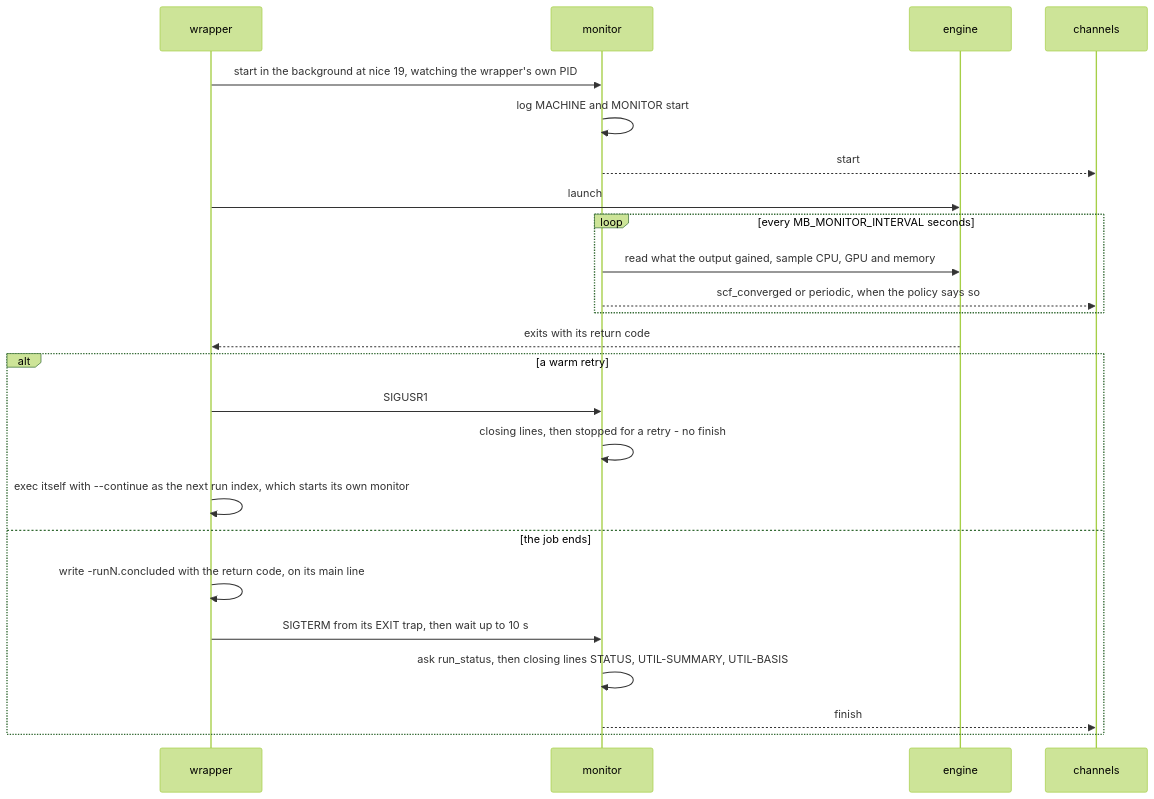
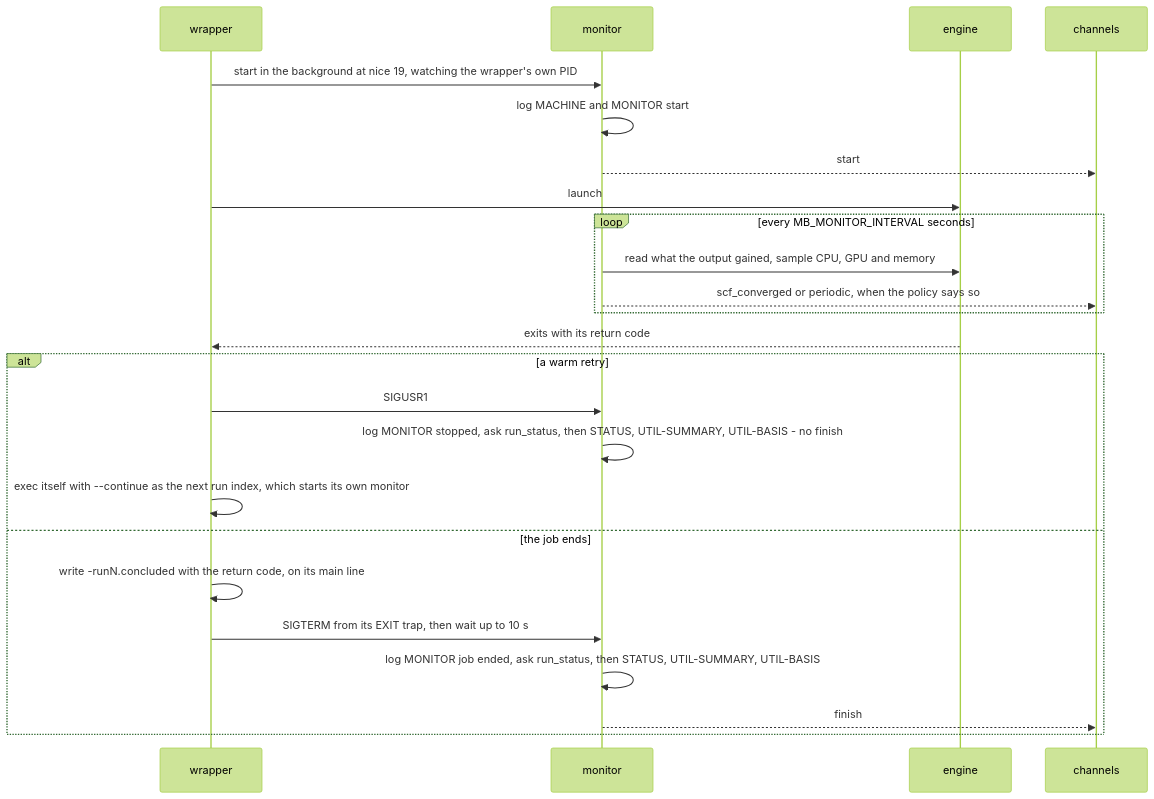
One commit to Qing-LAB/molbuilder changed the second of 3 diagrams in docs/execution/run-reports.md. Above: the diagram before and after it, drawn with Mermaid (forest theme). The commit also changed other lines of this file and 61 other files, not shown here.

````diff
--- a/docs/execution/run-reports.md
+++ b/docs/execution/run-reports.md
@@ -244,26 +248,26 @@
 ```mermaid
 sequenceDiagram
     participant W as wrapper
     participant M as monitor
     participant E as engine
     participant C as channels
     W->>M: start in the background at nice 19, watching the wrapper's own PID
     M->>M: log MACHINE and MONITOR start
     M-->>C: start
     W->>E: launch
     loop every MB_MONITOR_INTERVAL seconds
         M->>E: read what the output gained, sample CPU, GPU and memory
         M-->>C: scf_converged or periodic, when the policy says so
     end
     E-->>W: exits with its return code
     alt a warm retry
         W->>M: SIGUSR1
-        M->>M: closing lines, then stopped for a retry - no finish
+        M->>M: log MONITOR stopped, ask run_status, then STATUS, UTIL-SUMMARY, UTIL-BASIS - no finish
         W->>W: exec itself with --continue as the next run index, which starts its own monitor
     else the job ends
         W->>W: write -runN.concluded with the return code, on its main line
         W->>M: SIGTERM from its EXIT trap, then wait up to 10 s
-        M->>M: ask run_status, then closing lines STATUS, UTIL-SUMMARY, UTIL-BASIS
+        M->>M: log MONITOR job ended, ask run_status, then STATUS, UTIL-SUMMARY, UTIL-BASIS
         M-->>C: finish
     end
 ```
````
